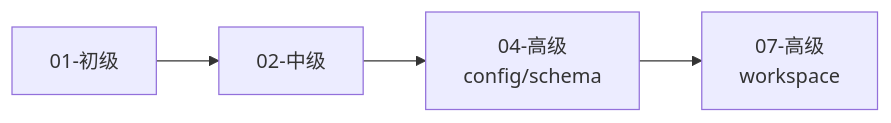
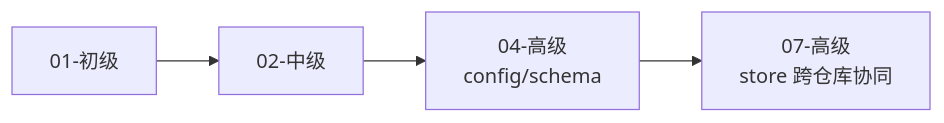
One commit to ethan-jiang-3/OpenSpec changed the fifth of 6 diagrams in _openspec_handbook/00-index.md. Above: the diagram before and after it, drawn with Mermaid. The commit also changed other lines of this file and 12 other files, not shown here.

````diff
--- a/_openspec_handbook/00-index.md
+++ b/_openspec_handbook/00-index.md
@@ -161,5 +162,5 @@
 ```mermaid
 graph LR
     A[01-初级] --> B[02-中级] --> C[04-高级<br/>config/schema]
-    C --> D[07-高级<br/>workspace]
+    C --> D[07-高级<br/>store 跨仓库协同]
 ```
````
